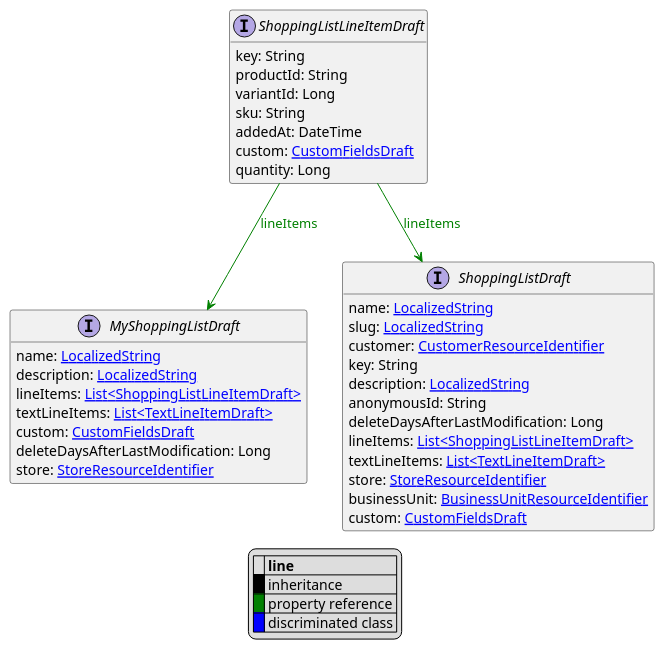
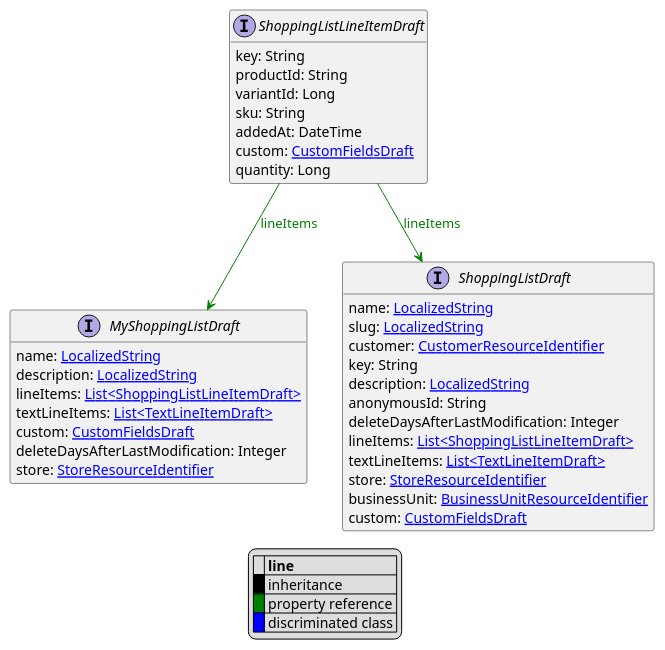
One commit to commercetools/commercetools-api-reference changed the diagram in uml/api/ShoppingListLineItemDraft.puml. Above: the diagram before and after it, drawn with PlantUML. The commit also changed 86 other files, not shown here.

```diff
--- a/uml/api/ShoppingListLineItemDraft.puml
+++ b/uml/api/ShoppingListLineItemDraft.puml
@@ -1,49 +1,49 @@
 @startuml
 
 hide empty fields
 hide empty methods
 legend
 |= |= line |
 |<back:black>   </back>| inheritance |
 |<back:green>   </back>| property reference |
 |<back:blue>   </back>| discriminated class |
 endlegend
 interface ShoppingListLineItemDraft [[ShoppingListLineItemDraft.svg]]  {
     key: String
     productId: String
     variantId: Long
     sku: String
     addedAt: DateTime
     custom: [[CustomFieldsDraft.svg CustomFieldsDraft]]
     quantity: Long
 }
 
 
 
 interface MyShoppingListDraft [[MyShoppingListDraft.svg]]  {
     name: [[LocalizedString.svg LocalizedString]]
     description: [[LocalizedString.svg LocalizedString]]
     lineItems: [[ShoppingListLineItemDraft.svg List<ShoppingListLineItemDraft>]]
     textLineItems: [[TextLineItemDraft.svg List<TextLineItemDraft>]]
     custom: [[CustomFieldsDraft.svg CustomFieldsDraft]]
-    deleteDaysAfterLastModification: Long
+    deleteDaysAfterLastModification: Integer
     store: [[StoreResourceIdentifier.svg StoreResourceIdentifier]]
 }
 interface ShoppingListDraft [[ShoppingListDraft.svg]]  {
     name: [[LocalizedString.svg LocalizedString]]
     slug: [[LocalizedString.svg LocalizedString]]
     customer: [[CustomerResourceIdentifier.svg CustomerResourceIdentifier]]
     key: String
     description: [[LocalizedString.svg LocalizedString]]
     anonymousId: String
-    deleteDaysAfterLastModification: Long
+    deleteDaysAfterLastModification: Integer
     lineItems: [[ShoppingListLineItemDraft.svg List<ShoppingListLineItemDraft>]]
     textLineItems: [[TextLineItemDraft.svg List<TextLineItemDraft>]]
     store: [[StoreResourceIdentifier.svg StoreResourceIdentifier]]
     businessUnit: [[BusinessUnitResourceIdentifier.svg BusinessUnitResourceIdentifier]]
     custom: [[CustomFieldsDraft.svg CustomFieldsDraft]]
 }
 
 ShoppingListLineItemDraft --> MyShoppingListDraft #green;text:green : "lineItems"
 ShoppingListLineItemDraft --> ShoppingListDraft #green;text:green : "lineItems"
 @enduml
```
